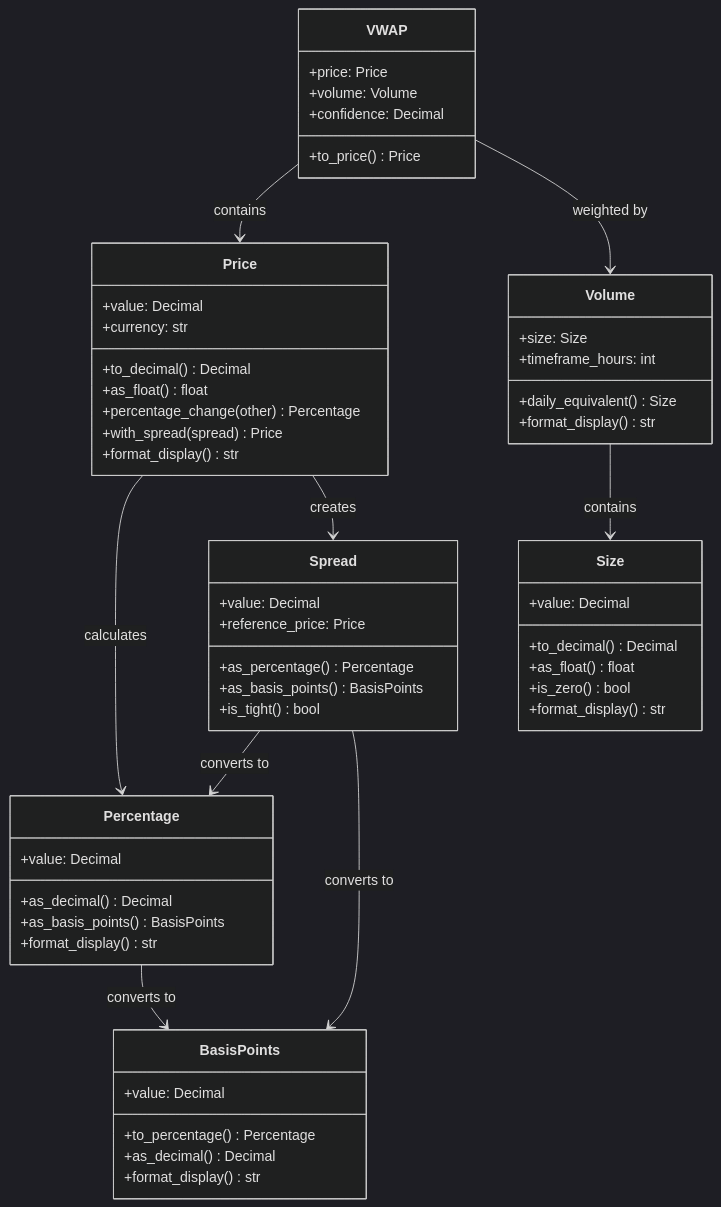
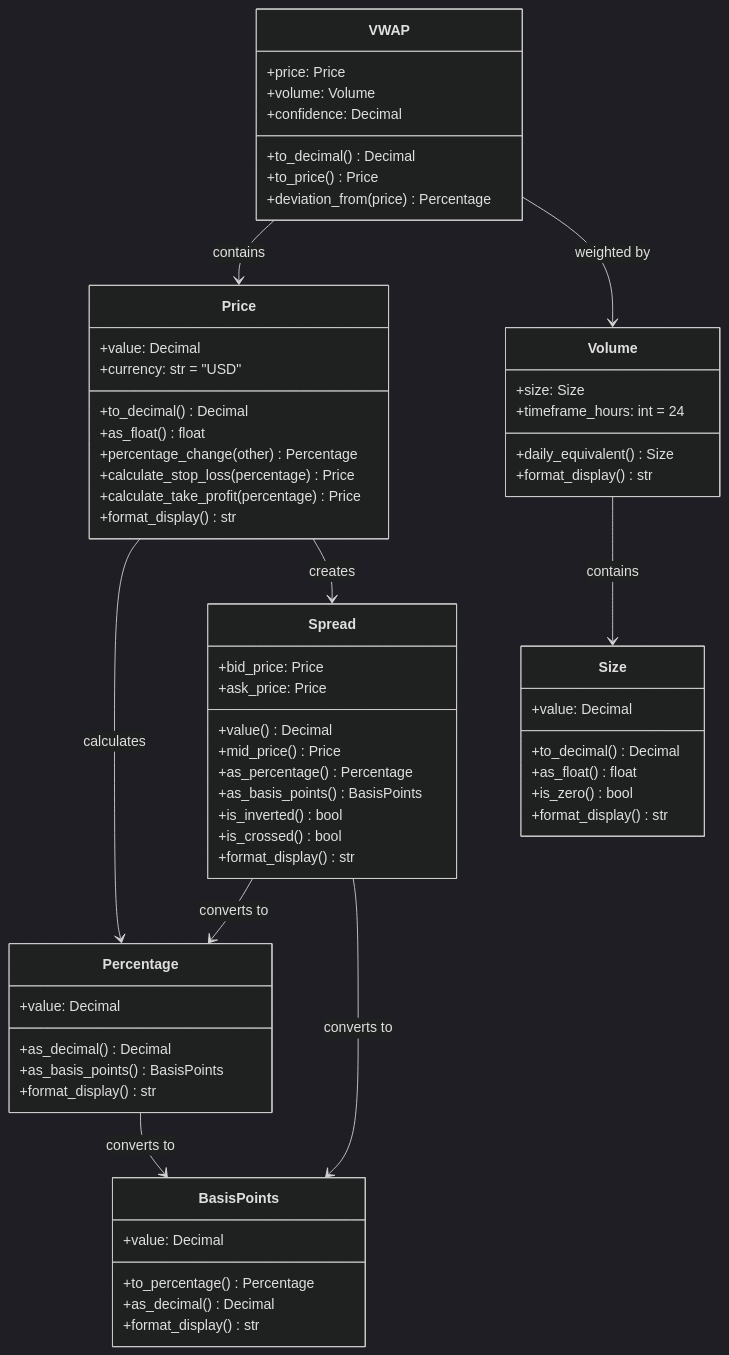
The second of 4 diagrams in docs/architecture/domain-primitives.md (kylejtobin/cognitive-protocol-arch-market-service), drawn with Mermaid (dark theme) before and after one commit. The commit also changed other lines of this file and 3 other files, not shown here.

````diff
--- a/docs/architecture/domain-primitives.md
+++ b/docs/architecture/domain-primitives.md
@@ -51,65 +89,72 @@
 ```mermaid
 classDiagram
     class Price {
         +value: Decimal
-        +currency: str
+        +currency: str = "USD"
         +to_decimal() Decimal
         +as_float() float
         +percentage_change(other) Percentage
-        +with_spread(spread) Price
+        +calculate_stop_loss(percentage) Price
+        +calculate_take_profit(percentage) Price
         +format_display() str
     }
 
     class Size {
         +value: Decimal
         +to_decimal() Decimal
         +as_float() float
         +is_zero() bool
         +format_display() str
     }
 
     class Percentage {
         +value: Decimal
         +as_decimal() Decimal
         +as_basis_points() BasisPoints
         +format_display() str
     }
 
     class BasisPoints {
         +value: Decimal
         +to_percentage() Percentage
         +as_decimal() Decimal
         +format_display() str
     }
 
     class Spread {
-        +value: Decimal
-        +reference_price: Price
+        +bid_price: Price
+        +ask_price: Price
+        +value() Decimal
+        +mid_price() Price
         +as_percentage() Percentage
         +as_basis_points() BasisPoints
-        +is_tight() bool
+        +is_inverted() bool
+        +is_crossed() bool
+        +format_display() str
     }
 
     class Volume {
         +size: Size
-        +timeframe_hours: int
+        +timeframe_hours: int = 24
         +daily_equivalent() Size
         +format_display() str
     }
 
     class VWAP {
         +price: Price
         +volume: Volume
         +confidence: Decimal
+        +to_decimal() Decimal
         +to_price() Price
+        +deviation_from(price) Percentage
     }
 
     Price --> Percentage : calculates
     Price --> Spread : creates
     Spread --> Percentage : converts to
     Spread --> BasisPoints : converts to
     Percentage --> BasisPoints : converts to
     Volume --> Size : contains
     VWAP --> Price : contains
     VWAP --> Volume : weighted by
 ```
````
